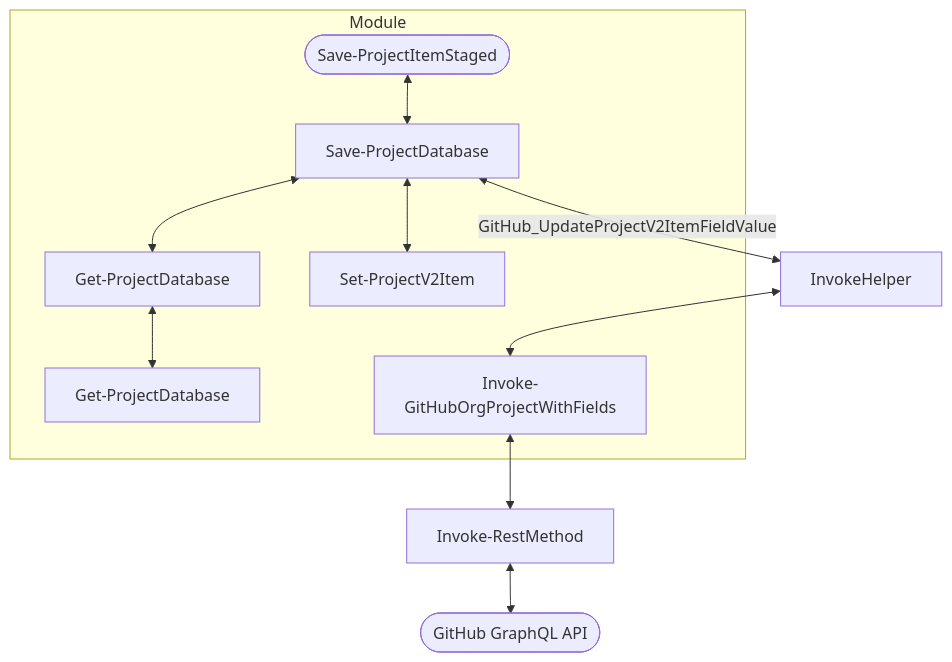
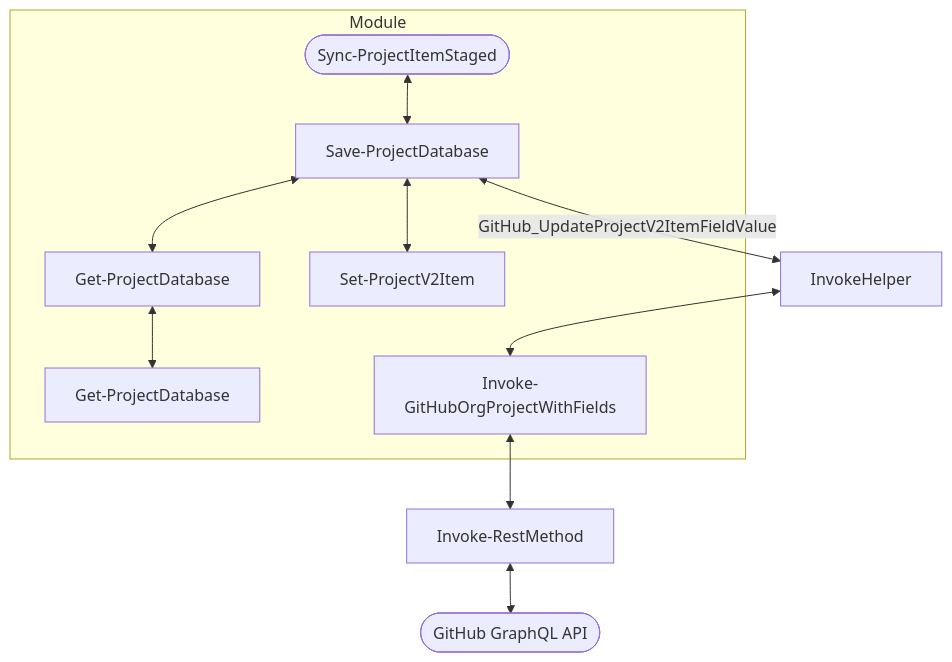
Before and after one commit to rulasg/ProjectHelper: the first of 2 diagrams in Notes.md, drawn with Mermaid. The commit also changed 16 other files, not shown here.

````diff
--- a/Notes.md
+++ b/Notes.md
@@ -7,31 +7,31 @@
 ```mermaid
 graph TD;
 
     
 
     subgraph Module
-        0([Save-ProjectItemStaged])
+        0([Sync-ProjectItemStaged])
         1[Save-ProjectDatabase]
         2[Get-ProjectDatabase]
         3[Get-ProjectDatabase]
         4[Set-ProjectV2Item]
         0<-->1
         1<-->2
         2<-->3
         1<-->4
 
 
         G[Invoke-GitHubOrgProjectWithFields]
     end
     1 <-- GitHub_UpdateProjectV2ItemFieldValue --> E
 
     E[InvokeHelper]
     I([GitHub GraphQL API])
     H[Invoke-RestMethod]
     G <--> H
     E <--> G
     H <--> I
 
 
     
 ```
````
